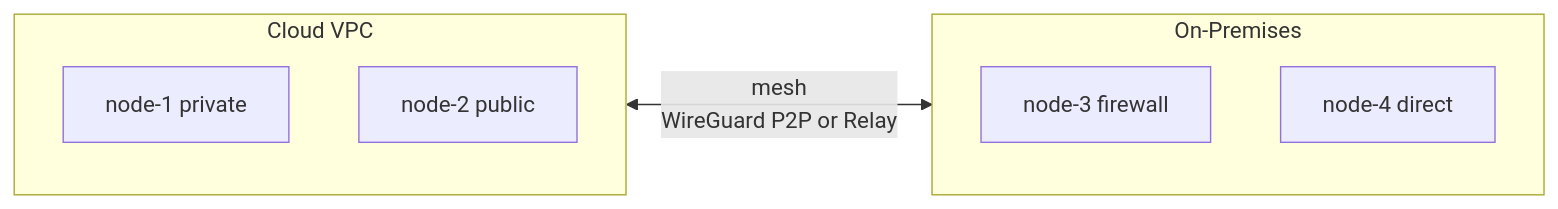
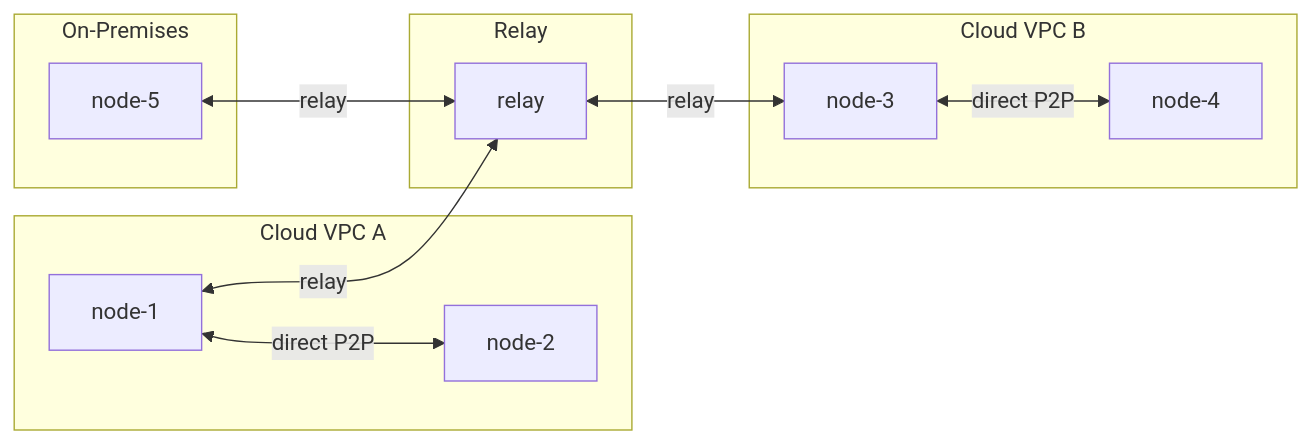
The diagram in docs/index.md (inerplat/wirekube), drawn with Mermaid before and after one commit. The commit also changed other lines of this file and 2 other files, not shown here.

````diff
--- a/docs/index.md
+++ b/docs/index.md
@@ -21,12 +23,22 @@
 ```mermaid
 flowchart LR
-    subgraph Cloud["Cloud VPC"]
-        N1[node-1 private]
-        N2[node-2 public]
+    subgraph VPC-A["Cloud VPC A"]
+        N1[node-1]
+        N2[node-2]
+    end
+    subgraph VPC-B["Cloud VPC B"]
+        N3[node-3]
+        N4[node-4]
     end
     subgraph OnPrem["On-Premises"]
-        N3[node-3 firewall]
-        N4[node-4 direct]
+        N5[node-5]
     end
-    Cloud <-->|mesh<br/>WireGuard P2P or Relay| OnPrem
+    subgraph Relay
+        R[relay]
+    end
+    N1 <-->|direct P2P| N2
+    N3 <-->|direct P2P| N4
+    N1 <-->|relay| R
+    R <-->|relay| N3
+    N5 <-->|relay| R
 ```
````
